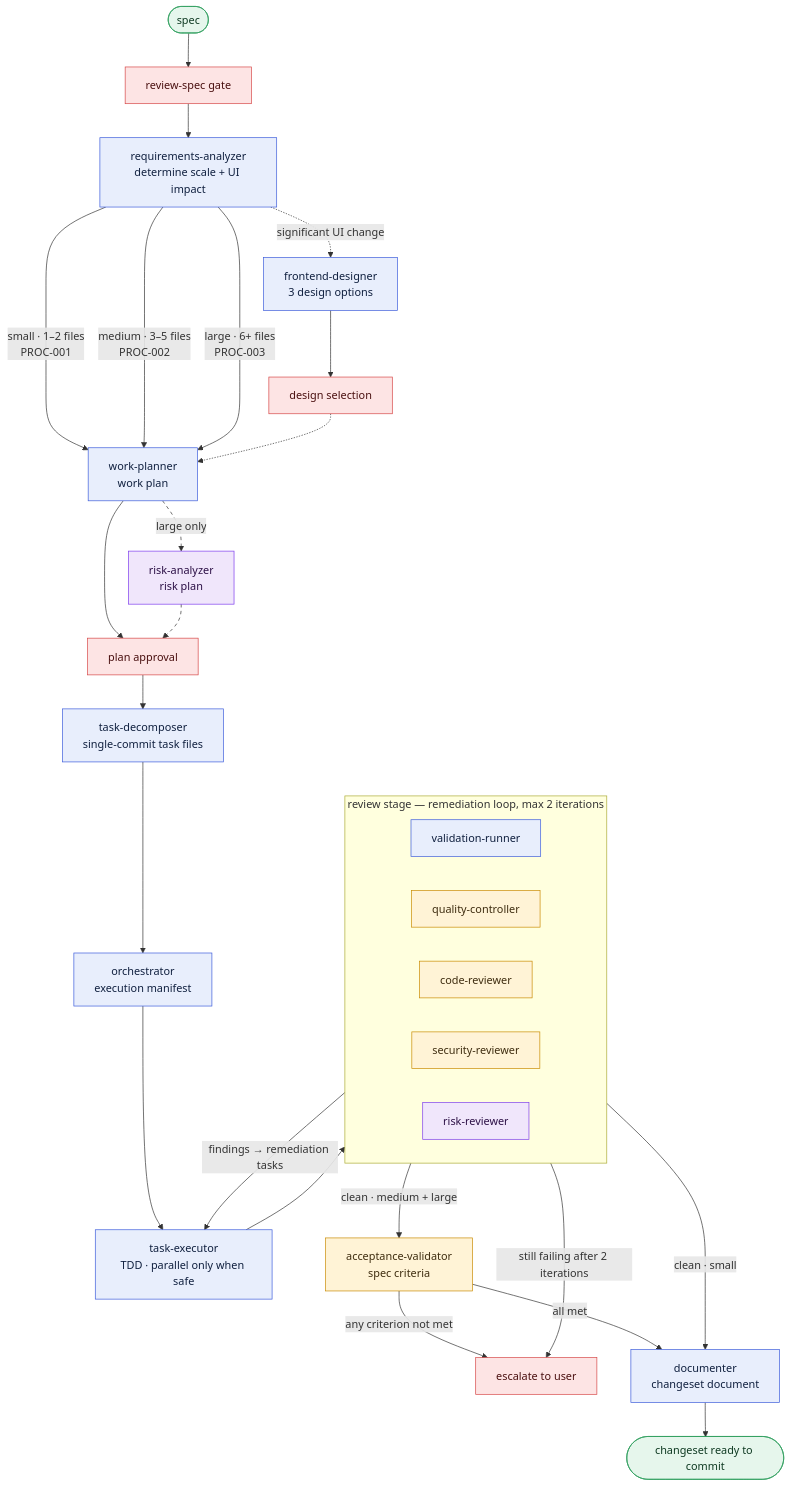
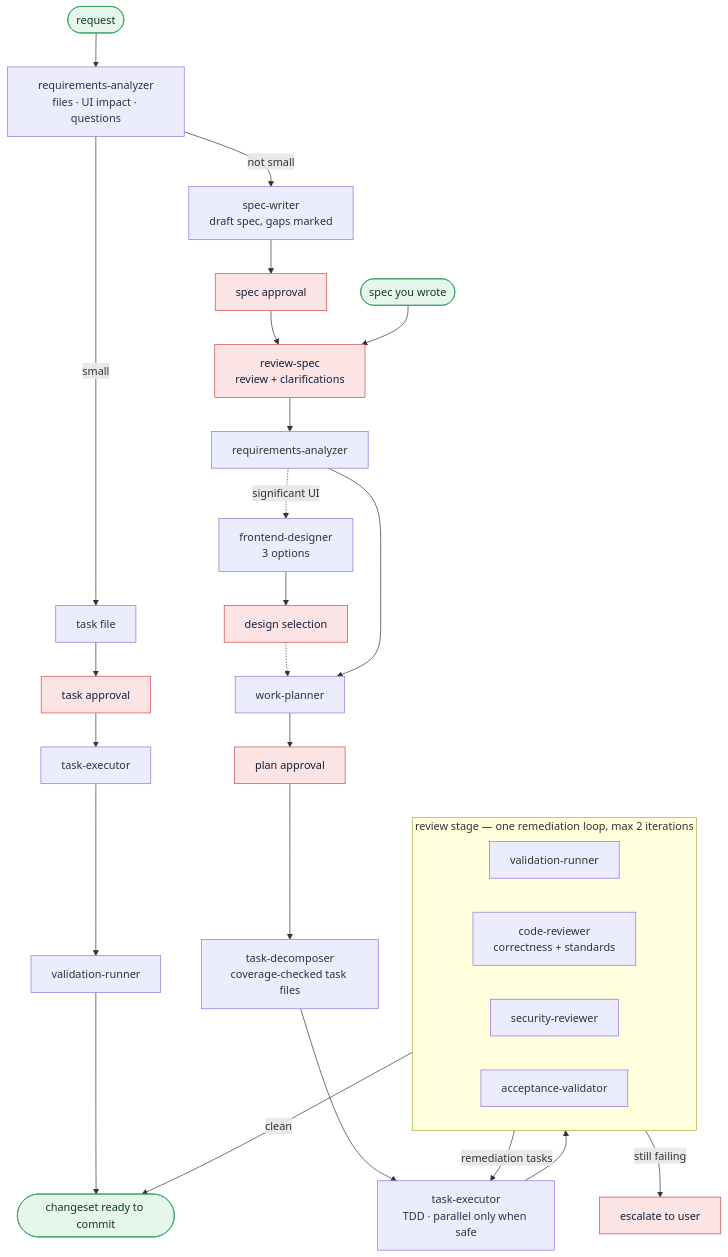
One commit to PSauerborn/agents changed the diagram in README.md. Above: the diagram before and after it, drawn with Mermaid. The commit also changed other lines of this file and 56 other files, not shown here.

Commit message:
Feature: downsized agent suite and added /implement-request skill for interactive spec building

````diff
--- a/README.md
+++ b/README.md
@@ -36,54 +40,32 @@
 ```mermaid
 flowchart TD
-    SPEC([spec]) --> GATE["review-spec gate"]
-    GATE --> REQ["requirements-analyzer<br/>determine scale + UI impact"]
+    REQUEST([request]) --> ANALYZE["requirements-analyzer<br/>files · UI impact · questions"]
+    ANALYZE -->|"small"| QTASK["task file"] --> QAPPROVE["task approval"] --> QEXEC["task-executor"] --> QVAL["validation-runner"] --> DONE
+    ANALYZE -->|"not small"| WRITE["spec-writer<br/>draft spec, gaps marked"] --> SAPPROVE["spec approval"] --> GATE
 
-    REQ -->|"small · 1–2 files<br/>PROC-001"| PLAN
-    REQ -->|"medium · 3–5 files<br/>PROC-002"| PLAN
-    REQ -->|"large · 6+ files<br/>PROC-003"| PLAN
-
-    REQ -.->|"significant UI change"| DESIGN["frontend-designer<br/>3 design options"]
-    DESIGN --> SELECT["design selection"]
-    SELECT -.-> PLAN
-
-    PLAN["work-planner<br/>work plan"] -->|"large only"| RISK["risk-analyzer<br/>risk plan"]
+    SPEC([spec you wrote]) --> GATE["review-spec<br/>review + clarifications"]
+    GATE --> REQ["requirements-analyzer"]
+    REQ -.->|"significant UI"| DESIGN["frontend-designer<br/>3 options"] --> SELECT["design selection"] -.-> PLAN
+    REQ --> PLAN["work-planner"]
     PLAN --> APPROVE["plan approval"]
-    RISK --> APPROVE
-
-    APPROVE --> DECOMP["task-decomposer<br/>single-commit task files"]
-    DECOMP --> MANIFEST["orchestrator<br/>execution manifest"]
-    MANIFEST --> EXEC["task-executor<br/>TDD · parallel only when safe"]
+    APPROVE --> DECOMP["task-decomposer<br/>coverage-checked task files"]
+    DECOMP --> EXEC["task-executor<br/>TDD · parallel only when safe"]
     EXEC --> REVIEW
 
-    subgraph REVIEW["review stage — remediation loop, max 2 iterations"]
+    subgraph REVIEW["review stage — one remediation loop, max 2 iterations"]
         direction LR
         VAL["validation-runner"]
-        QC["quality-controller"]
-        CR["code-reviewer"]
+        CR["code-reviewer<br/>correctness + standards"]
         SEC["security-reviewer"]
-        RR["risk-reviewer"]
+        ACC["acceptance-validator"]
     end
 
-    REVIEW -->|"findings → remediation tasks"| EXEC
-    REVIEW -->|"still failing after 2 iterations"| ESCALATE["escalate to user"]
-    REVIEW -->|"clean · small"| DOC
-    REVIEW -->|"clean · medium + large"| ACCEPT["acceptance-validator<br/>spec criteria"]
-    ACCEPT -->|"any criterion not met"| ESCALATE
-    ACCEPT -->|"all met"| DOC["documenter<br/>changeset document"]
-    DOC --> DONE([changeset ready to commit])
+    REVIEW -->|"remediation tasks"| EXEC
+    REVIEW -->|"still failing"| ESCALATE["escalate to user"]
+    REVIEW -->|"clean"| DONE([changeset ready to commit])
 
-    classDef all fill:#e8eefc,stroke:#3b5bdb,color:#10203f
-    classDef med fill:#fff3d6,stroke:#c98a00,color:#3f2d10
-    classDef large fill:#f0e6fb,stroke:#7c3aed,color:#2c1046
-    classDef stop fill:#fde4e4,stroke:#d64545,color:#4a1010
+    classDef stop fill:#fde4e4,stroke:#d64545,color:#10203f
     classDef terminal fill:#e6f6ec,stroke:#2f9e5e,color:#0f3a22
-
-    class REQ,PLAN,DECOMP,MANIFEST,EXEC,VAL,DOC,DESIGN all
-    class QC,CR,SEC,ACCEPT med
-    class RISK,RR large
-    class GATE,APPROVE,SELECT,ESCALATE stop
-    class SPEC,DONE terminal
-
-    linkStyle 8 stroke-dasharray: 5 5
-    linkStyle 10 stroke-dasharray: 5 5
+    class GATE,APPROVE,SELECT,ESCALATE,QAPPROVE,SAPPROVE stop
+    class SPEC,DONE,REQUEST terminal
 ```
````
